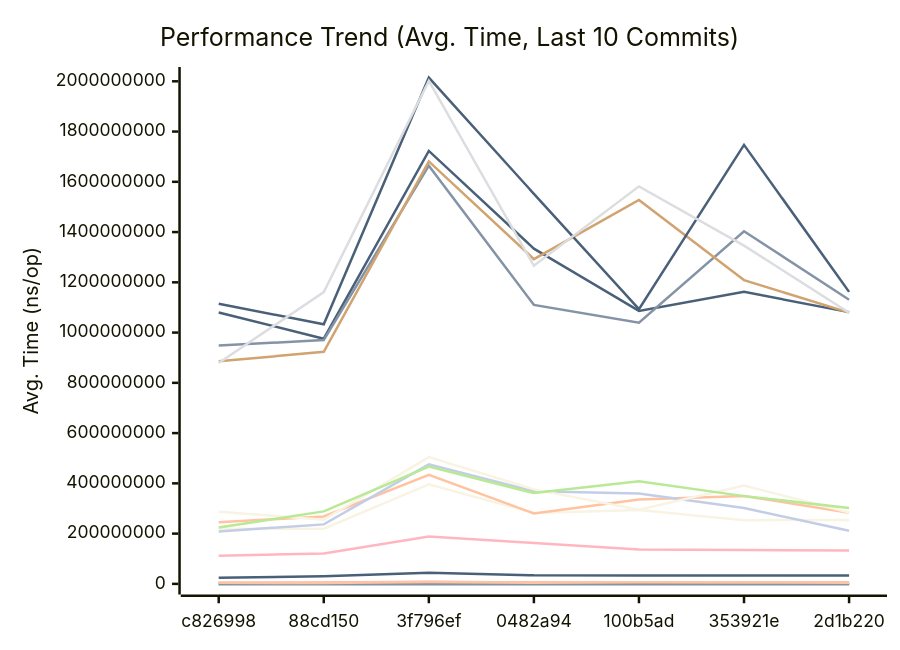
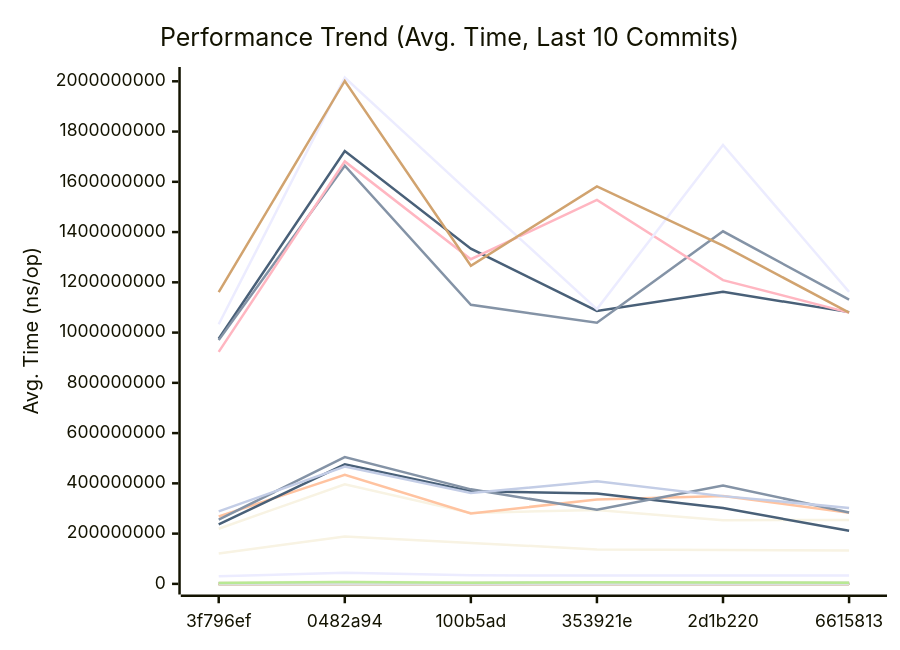
The first of 3 diagrams in docs/PERFORMANCE.md (alsotoes/momo), drawn with Mermaid before and after one commit. The commit also changed other lines of this file and 40 other files, not shown here.

Commit message:
feat: allocation-free Last-Modified headers in S3 GET/HEAD + dead helper removal (#977)

````diff
--- a/docs/PERFORMANCE.md
+++ b/docs/PERFORMANCE.md
@@ -252,42 +259,44 @@
 ```mermaid
 xychart-beta
     title "Performance Trend (Avg. Time, Last 10 Commits)"
     x-axis "Commit"
     y-axis "Avg. Time (ns/op)"
-    x-axis [c826998,88cd150,3f796ef,0482a94,100b5ad,353921e,2d1b220]
-    line "AWSChunkedReaderSigned" [453907,508785,905557,534318,636346,690357,622918,512707,501241,721946]
-    line "AWSChunkedReaderUnsigned" [434075,493616,894454,593403,613680,684347,616129,457742,556893,695362]
-    line "CheckMetricsAndSwap" [10,9,15,11,13,14,14,10,10,14]
-    line "CrushOptimized" [377,359,624,439,383,433,463,354,433,532]
-    line "CrushOriginal" [457,482,891,591,678,598,642,502,597,715]
-    line "FormatListObjectsV2XML_AppendFormat" [607733,755798,1466071,913648,876655,1035620,900618,648718,775274,1080271]
-    line "FormatListObjectsV2XML_OldFormat" [384420,452349,876006,527726,499237,554225,498654,406141,479265,671030]
-    line "HashBytes/1MiB" [3413080,3456264,5810430,3924626,3806841,4997033,4520322,3555390,4784039,3995457]
-    line "HashBytes/256MiB" [1079738977,975610814,1722861401,1334138916,1086104803,1161959394,1081431052,798133130,1113482493,1284091050]
-    line "HashBytes/64MiB" [219197938,219466744,396388379,282406448,294324496,253497415,254442334,225124511,298951068,308162718]
-    line "HashFile/1MiB" [4018511,4015638,6883319,4730225,4355866,5020414,4836717,3959247,3915050,5430358]
-    line "HashFile/256MiB" [948781835,970019312,1664168720,1110334520,1039461142,1402967574,1130963414,1055197690,1258679744,1441073207]
-    line "HashFile/64MiB" [245379512,268034657,434196622,280320210,335648128,350050718,282645449,218474314,322488540,355303054]
-    line "IndexDirectTracking" [0,0,1,1,0,1,1,0,1,1]
-    line "IndexSearch" [2,2,4,2,2,3,2,2,2,3]
-    line "LoadGlobalConfig" [10213,10358,20717,13477,12586,12915,11283,9939,13465,16787]
-    line "LocalWrite/1MiB" [386063,1014308,861821,620083,533203,606315,575526,474416,479322,627788]
-    line "LocalWrite/256MiB" [111644085,120805038,188719012,163107200,137014284,135157963,132539343,118094125,126110483,141240477]
-    line "LocalWrite/64MiB" [24172266,30061816,44391316,34009604,32925149,33266024,33235605,33404598,32661319,39561620]
-    line "PadString" [43,54,108,74,66,65,63,47,69,97]
+    x-axis [3f796ef,0482a94,100b5ad,353921e,2d1b220,6615813]
+    line "AWSChunkedReaderSigned" [508785,905557,534318,636346,690357,622918,512707,501241,721946,582789]
+    line "AWSChunkedReaderUnsigned" [493616,894454,593403,613680,684347,616129,457742,556893,695362,580668]
+    line "CheckMetricsAndSwap" [9,15,11,13,14,14,10,10,14,9]
+    line "CrushOptimized" [359,624,439,383,433,463,354,433,532,484]
+    line "CrushOriginal" [482,891,591,678,598,642,502,597,715,641]
+    line "FormatListObjectsV2XML_AppendFormat" [755798,1466071,913648,876655,1035620,900618,648718,775274,1080271,993577]
+    line "FormatListObjectsV2XML_OldFormat" [452349,876006,527726,499237,554225,498654,406141,479265,671030,530555]
+    line "HashBytes/1MiB" [3456264,5810430,3924626,3806841,4997033,4520322,3555390,4784039,3995457,4596495]
+    line "HashBytes/256MiB" [975610814,1722861401,1334138916,1086104803,1161959394,1081431052,798133130,1113482493,1284091050,1365990323]
+    line "HashBytes/64MiB" [219466744,396388379,282406448,294324496,253497415,254442334,225124511,298951068,308162718,336895373]
+    line "HashFile/1MiB" [4015638,6883319,4730225,4355866,5020414,4836717,3959247,3915050,5430358,4960660]
+    line "HashFile/256MiB" [970019312,1664168720,1110334520,1039461142,1402967574,1130963414,1055197690,1258679744,1441073207,1316970291]
+    line "HashFile/64MiB" [268034657,434196622,280320210,335648128,350050718,282645449,218474314,322488540,355303054,397283922]
+    line "IndexDirectTracking" [0,1,1,0,1,1,0,1,1,1]
+    line "IndexSearch" [2,4,2,2,3,2,2,2,3,2]
+    line "LastModifiedHeader_AppendFormat" [0,0,0,0,0,0,0,0,0,273]
+    line "LastModifiedHeader_Format" [0,0,0,0,0,0,0,0,0,359]
+    line "LoadGlobalConfig" [10358,20717,13477,12586,12915,11283,9939,13465,16787,14343]
+    line "LocalWrite/1MiB" [1014308,861821,620083,533203,606315,575526,474416,479322,627788,515217]
+    line "LocalWrite/256MiB" [120805038,188719012,163107200,137014284,135157963,132539343,118094125,126110483,141240477,133129249]
+    line "LocalWrite/64MiB" [30061816,44391316,34009604,32925149,33266024,33235605,33404598,32661319,39561620,34587683]
+    line "PadString" [54,108,74,66,65,63,47,69,97,85]
     line "ParseReplicationOrder_NoPrealloc" [350,349,357,354,345,225,229,165,232,234]
     line "ParseReplicationOrder_Prealloc" [229,231,237,234,229,108,107,80,110,109]
-    line "Placement" [5457,4982,9769,7169,6982,6435,6648,4864,6529,7421]
-    line "PlacementDomainSpread" [5715,5363,10254,7367,6165,7125,6936,5246,8024,8867]
-    line "ReadVerify/1MiB" [3695998,3063023,6669899,5893653,4349552,4844958,4821081,3882918,3731377,5836051]
-    line "ReadVerify/256MiB" [885690851,923410779,1681161525,1292102083,1527966144,1208865206,1079520105,1058504265,1020754000,1422892660]
-    line "ReadVerify/64MiB" [208677144,236746582,475503443,368423405,360046306,301883250,211152290,244603172,284251269,341875566]
-    line "S3PutSpool/1MiB" [3968364,5120338,8098804,5792248,4040951,5594802,4971787,5964641,5931927,6588614]
-    line "S3PutSpool/256MiB" [1114984906,1033132692,2014620633,1552306291,1093403586,1746985899,1161989262,1392397511,1157791795,1438649885]
-    line "S3PutSpool/64MiB" [287125834,255515959,504549456,376146327,294844128,391765533,283817898,367879613,355148274,389689212]
-    line "SanitizeLog/Safe" [222,310,494,332,277,365,264,226,242,388]
-    line "SanitizeLog/Unsafe" [591,715,1256,854,1098,1183,1013,768,930,1274]
-    line "TrustedRead/1MiB" [4353885,3601064,7771585,4314592,6674262,5737318,4407789,4777459,4326085,5334409]
-    line "TrustedRead/256MiB" [879089092,1160948664,2001362379,1265914846,1581862210,1346158360,1079106743,1430194708,1367894050,1290238092]
-    line "TrustedRead/64MiB" [224760418,288480214,466675929,361331755,408809763,349215436,302381501,362734452,260957497,306360304]
+    line "Placement" [4982,9769,7169,6982,6435,6648,4864,6529,7421,7230]
+    line "PlacementDomainSpread" [5363,10254,7367,6165,7125,6936,5246,8024,8867,7769]
+    line "ReadVerify/1MiB" [3063023,6669899,5893653,4349552,4844958,4821081,3882918,3731377,5836051,3976066]
+    line "ReadVerify/256MiB" [923410779,1681161525,1292102083,1527966144,1208865206,1079520105,1058504265,1020754000,1422892660,1249941171]
+    line "ReadVerify/64MiB" [236746582,475503443,368423405,360046306,301883250,211152290,244603172,284251269,341875566,317667291]
+    line "S3PutSpool/1MiB" [5120338,8098804,5792248,4040951,5594802,4971787,5964641,5931927,6588614,5572982]
+    line "S3PutSpool/256MiB" [1033132692,2014620633,1552306291,1093403586,1746985899,1161989262,1392397511,1157791795,1438649885,1075603816]
+    line "S3PutSpool/64MiB" [255515959,504549456,376146327,294844128,391765533,283817898,367879613,355148274,389689212,272526470]
+    line "SanitizeLog/Safe" [310,494,332,277,365,264,226,242,388,301]
+    line "SanitizeLog/Unsafe" [715,1256,854,1098,1183,1013,768,930,1274,1021]
+    line "TrustedRead/1MiB" [3601064,7771585,4314592,6674262,5737318,4407789,4777459,4326085,5334409,5277115]
+    line "TrustedRead/256MiB" [1160948664,2001362379,1265914846,1581862210,1346158360,1079106743,1430194708,1367894050,1290238092,1112381854]
+    line "TrustedRead/64MiB" [288480214,466675929,361331755,408809763,349215436,302381501,362734452,260957497,306360304,291068280]
 ```
````
